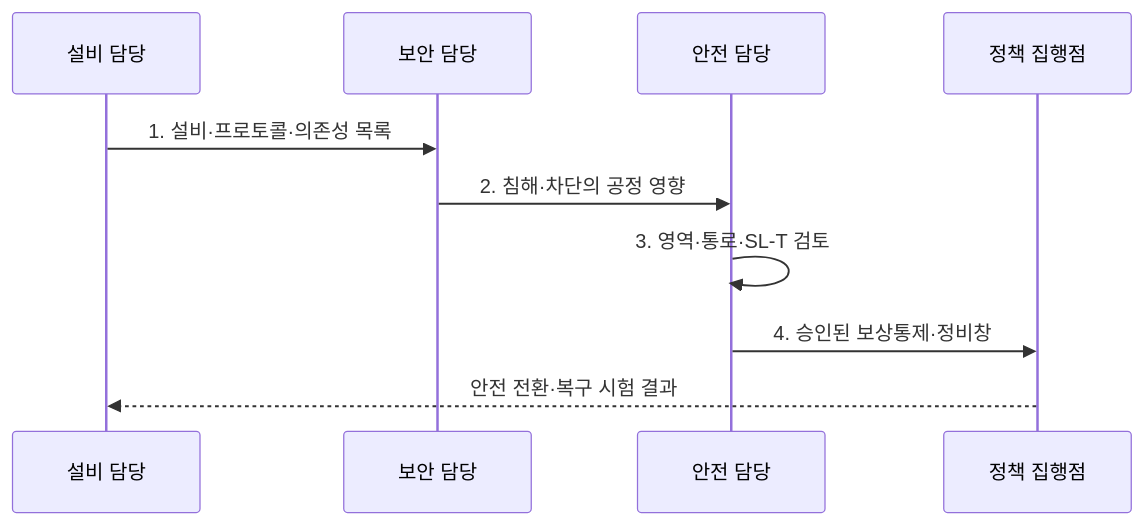
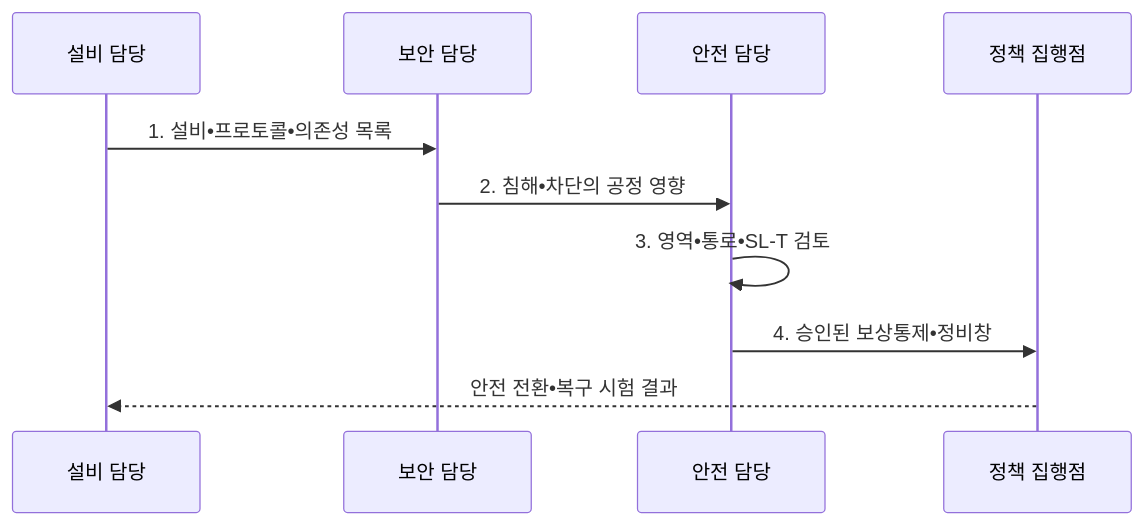
One commit to agnusdei1207/knowledge-base changed the second of 2 diagrams in src/content/docs/notes/05-security/133_ot_security_smart_factory.md. Above: the diagram before and after it, drawn with Mermaid. The commit also changed other lines of this file and 953 other files, not shown here.

````diff
--- a/src/content/docs/notes/05-security/133_ot_security_smart_factory.md
+++ b/src/content/docs/notes/05-security/133_ot_security_smart_factory.md
@@ -101,12 +101,12 @@
 ```mermaid
 sequenceDiagram
   participant O as 설비 담당
   participant S as 보안 담당
   participant A as 안전 담당
   participant E as 정책 집행점
-  O->>S: 1. 설비·프로토콜·의존성 목록
-  S->>A: 2. 침해·차단의 공정 영향
-  A->>A: 3. 영역·통로·SL-T 검토
-  A->>E: 4. 승인된 보상통제·정비창
-  E-->>O: 안전 전환·복구 시험 결과
+  O->>S: 1. 설비•프로토콜•의존성 목록
+  S->>A: 2. 침해•차단의 공정 영향
+  A->>A: 3. 영역•통로•SL-T 검토
+  A->>E: 4. 승인된 보상통제•정비창
+  E-->>O: 안전 전환•복구 시험 결과
 ```
````
